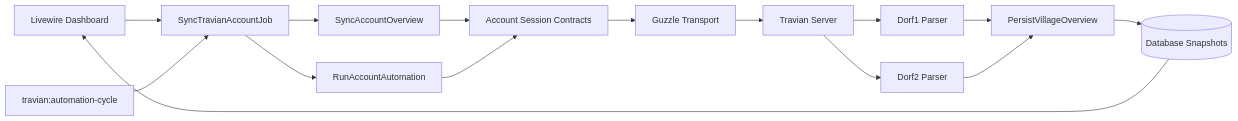
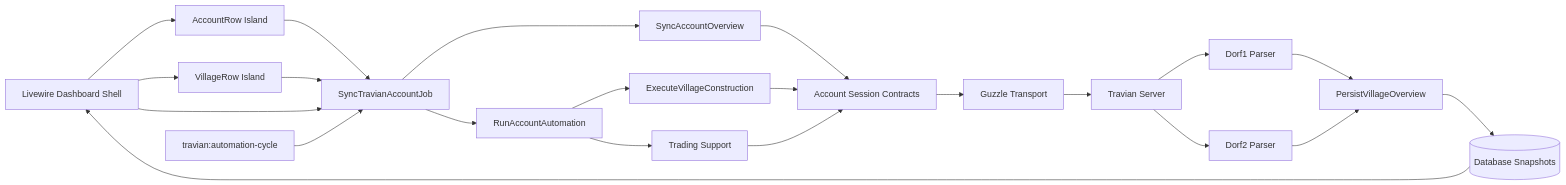
The first of 5 diagrams in PROJECT-MAP.md (AhmedAshraf250/travian-automator), drawn with Mermaid before and after one commit. The commit also changed other lines of this file and 36 other files, not shown here.

````diff
--- a/PROJECT-MAP.md
+++ b/PROJECT-MAP.md
@@ -5,17 +5,24 @@
 ```mermaid
 flowchart LR
-    UI[Livewire Dashboard] --> Job[SyncTravianAccountJob]
+    UI[Livewire Dashboard Shell] --> AccountRow[AccountRow Island]
+    UI --> VillageRow[VillageRow Island]
+    AccountRow --> Job[SyncTravianAccountJob]
+    VillageRow --> Job
+    UI --> Job
     CLI[travian:automation-cycle] --> Job
     Job --> Sync[SyncAccountOverview]
     Job --> Auto[RunAccountAutomation]
+    Auto --> Build[ExecuteVillageConstruction]
+    Auto --> Trade[Trading Support]
     Sync --> Session[Account Session Contracts]
-    Auto --> Session
+    Build --> Session
+    Trade --> Session
     Session --> Guzzle[Guzzle Transport]
     Guzzle --> Travian[Travian Server]
     Travian --> Parser1[Dorf1 Parser]
     Travian --> Parser2[Dorf2 Parser]
     Parser1 --> Persist[PersistVillageOverview]
     Parser2 --> Persist
     Persist --> DB[(Database Snapshots)]
     DB --> UI
 ```
````
